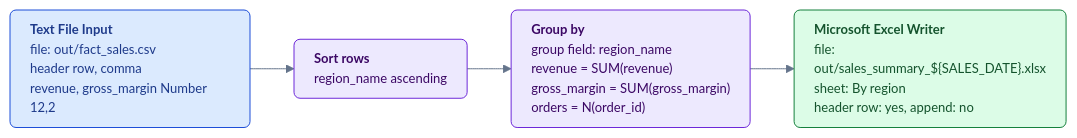
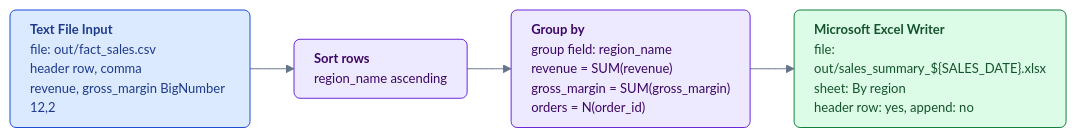
Before and after one commit to jporeilly/Pentaho-Courses: the seventh of 9 diagrams in developer-di-practitioner/37-mod99-daily-sales-pipeline/files/reference/DIAGRAMS.md, drawn with Mermaid. The commit also changed other lines of this file and 15 other files, not shown here.

````diff
--- a/developer-di-practitioner/37-mod99-daily-sales-pipeline/files/reference/DIAGRAMS.md
+++ b/developer-di-practitioner/37-mod99-daily-sales-pipeline/files/reference/DIAGRAMS.md
@@ -202,12 +203,12 @@
 ```mermaid
 %%{init: {"theme":"base","themeVariables":{"fontFamily":"Segoe UI, Helvetica, Arial, sans-serif","fontSize":"13px","lineColor":"#64748b","clusterBkg":"#fafaf9","clusterBorder":"#d6d3d1","edgeLabelBackground":"#ffffff"},"flowchart":{"curve":"basis","nodeSpacing":34,"rankSpacing":44,"padding":10,"htmlLabels":true}}}%%
 flowchart LR
   classDef input fill:#dbeafe,stroke:#1d4ed8,color:#1e3a8a,text-align:left,rx:6,ry:6
   classDef enrich fill:#ede9fe,stroke:#6d28d9,color:#3b0764,text-align:left,rx:6,ry:6
   classDef output fill:#dcfce7,stroke:#15803d,color:#14532d,text-align:left,rx:6,ry:6
-  A["<b>Text File Input</b><br/>file: out/fact_sales.csv<br/>header row, comma<br/>revenue, gross_margin Number 12,2"]:::input
+  A["<b>Text File Input</b><br/>file: out/fact_sales.csv<br/>header row, comma<br/>revenue, gross_margin BigNumber 12,2"]:::input
   B["<b>Sort rows</b><br/>region_name ascending"]:::enrich
   C["<b>Group by</b><br/>group field: region_name<br/>revenue = SUM(revenue)<br/>gross_margin = SUM(gross_margin)<br/>orders = N(order_id)"]:::enrich
   D["<b>Microsoft Excel Writer</b><br/>file: out/sales_summary_${SALES_DATE}.xlsx<br/>sheet: By region<br/>header row: yes, append: no"]:::output
   A --> B --> C --> D
 ```
````
